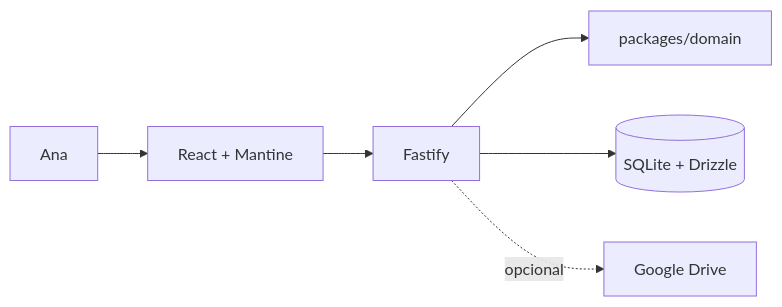
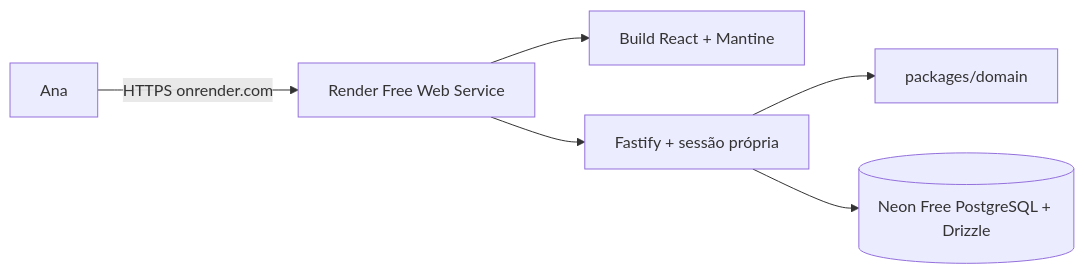
The diagram in .specs/codebase/ARCHITECTURE.md (ana-biscalchin/finances), drawn with Mermaid before and after one commit. The commit also changed other lines of this file and 11 other files, not shown here.

````diff
--- a/.specs/codebase/ARCHITECTURE.md
+++ b/.specs/codebase/ARCHITECTURE.md
@@ -10,8 +10,8 @@
 ```mermaid
 flowchart LR
-    Ana --> Web[React + Mantine]
-    Web --> API[Fastify]
+    Ana -->|HTTPS onrender.com| Render[Render Free Web Service]
+    Render --> Web[Build React + Mantine]
+    Render --> API[Fastify + sessão própria]
     API --> Domain[packages/domain]
-    API --> DB[(SQLite + Drizzle)]
-    API -. opcional .-> Drive[Google Drive]
+    API --> DB[(Neon Free PostgreSQL + Drizzle)]
 ```
````
